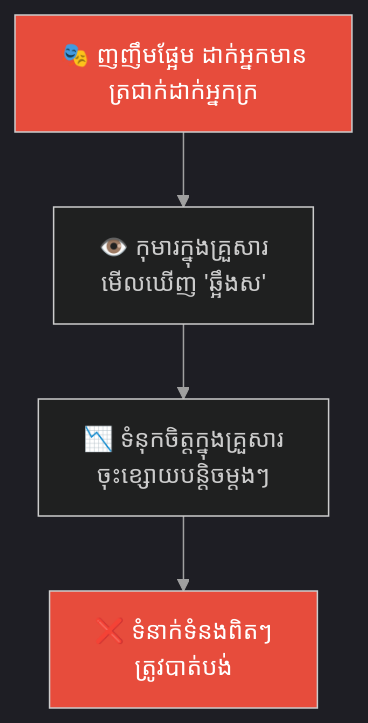
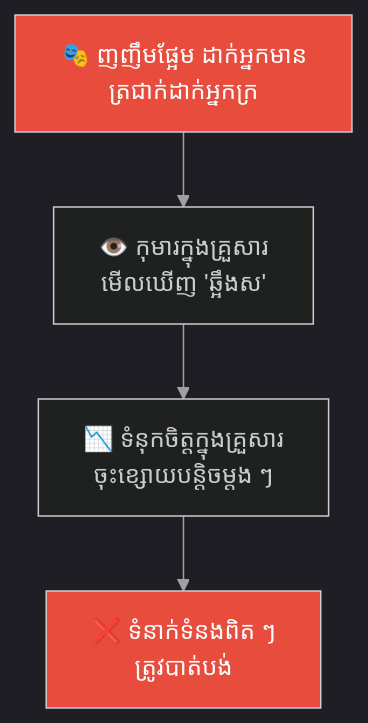
One commit to GuideStack/iblogger-feeds changed the second of 5 diagrams in feeds/concepts/parables/244-the-white-bone-demon-and-the-fiery-eyes.md. Above: the diagram before and after it, drawn with Mermaid. The commit also changed other lines of this file and 11 other files, not shown here.

````diff
--- a/feeds/concepts/parables/244-the-white-bone-demon-and-the-fiery-eyes.md
+++ b/feeds/concepts/parables/244-the-white-bone-demon-and-the-fiery-eyes.md
@@ -127,18 +127,18 @@
 ```mermaid
 %%{init: {
   'theme': 'dark',
   'themeVariables': {
     'background': '#1e1e1e',
     'primaryTextColor': '#ffffff',
     'lineColor': '#a0a0a0'
   },
   'themeCSS': 'svg { background-color: #1e1e1e !important; padding: 1rem !important; border-radius: 8px !important; } .edgeLabel rect { fill: #1e1e1e !important; } text, tspan { fill: #ffffff !important; }'
 }}%%
 graph TD
     A["🎭 ញញឹមផ្អែម ដាក់អ្នកមាន<br/>ត្រជាក់ដាក់អ្នកក្រ"] --> B["👁️ កុមារក្នុងគ្រួសារ<br/>មើលឃើញ 'ឆ្អឹងស'"]
-    B --> C["📉 ទំនុកចិត្តក្នុងគ្រួសារ<br/>ចុះខ្សោយបន្តិចម្តងៗ"]
-    C --> D["❌ ទំនាក់ទំនងពិតៗ<br/>ត្រូវបាត់បង់"]
+    B --> C["📉 ទំនុកចិត្តក្នុងគ្រួសារ<br/>ចុះខ្សោយបន្តិចម្តង ៗ "]
+    C --> D["❌ ទំនាក់ទំនងពិត ៗ <br/>ត្រូវបាត់បង់"]
 
     style A fill:#e74c3c,color:#fff
     style D fill:#e74c3c,color:#fff
 ```
````
